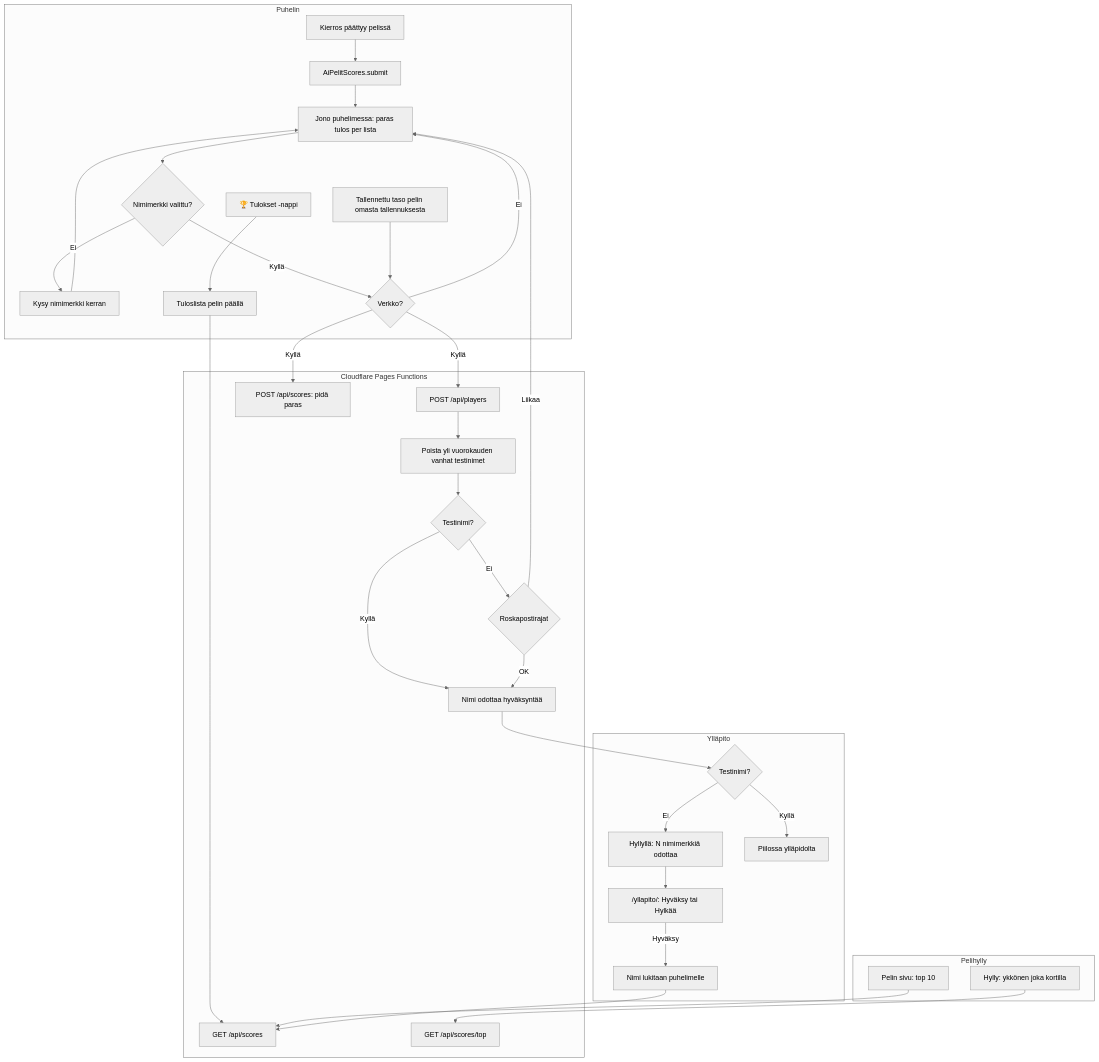
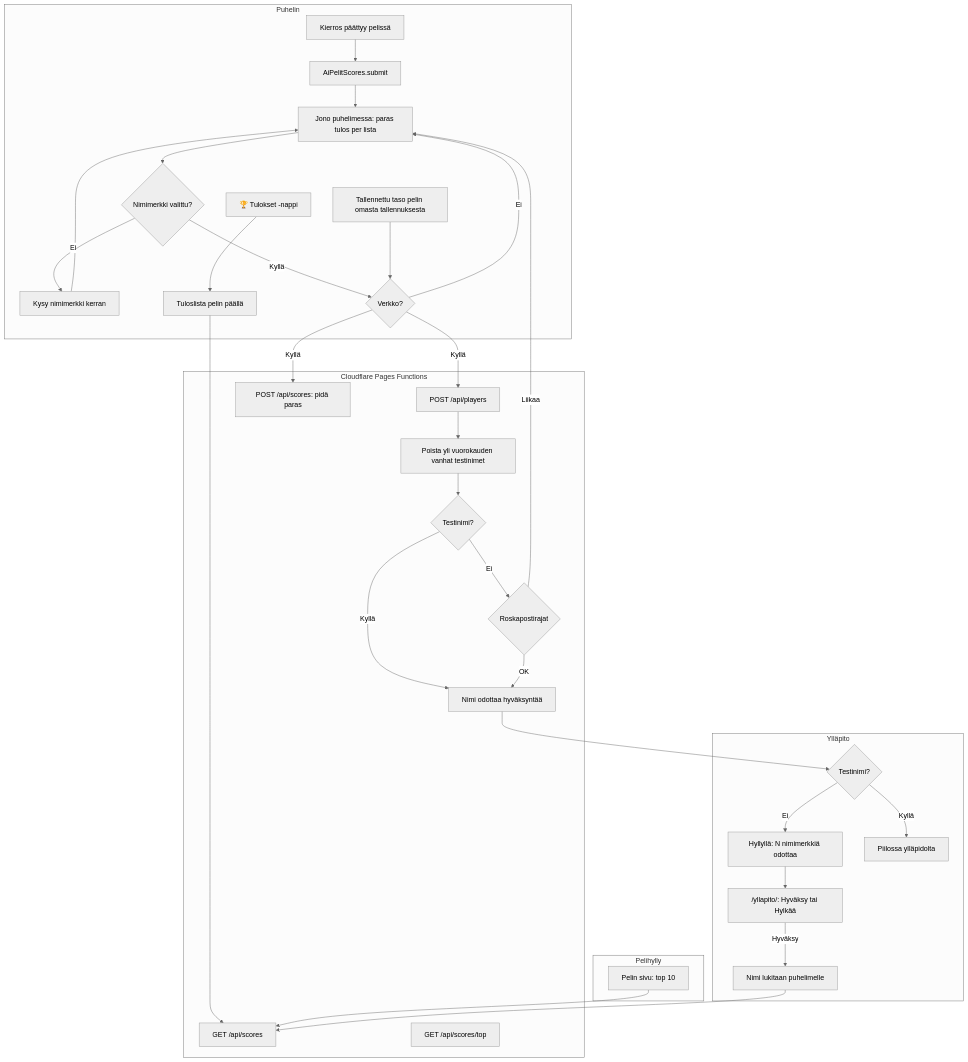
One commit to eerovil/ai-pelit changed the diagram in docs/diagrams/tuloslistat.md. Above: the diagram before and after it, drawn with Mermaid (neutral theme). The commit also changed other lines of this file and 59 other files, not shown here.

````diff
--- a/docs/diagrams/tuloslistat.md
+++ b/docs/diagrams/tuloslistat.md
@@ -9,44 +9,43 @@
 ```mermaid
 flowchart TD
   subgraph Puhelin
     A[Kierros päättyy pelissä] --> B[AiPelitScores.submit]
     B --> C[Jono puhelimessa: paras tulos per lista]
     C --> D{Nimimerkki valittu?}
     D -- Ei --> E[Kysy nimimerkki kerran]
     E --> C
     D -- Kyllä --> F{Verkko?}
     F -- Ei --> C
     T[🏆 Tulokset -nappi] --> L[Tuloslista pelin päällä]
     P[Tallennettu taso pelin omasta tallennuksesta] --> F
   end
   subgraph Cloudflare Pages Functions
     F -- Kyllä --> G[POST /api/players]
     G --> X[Poista yli vuorokauden vanhat testinimet]
     X --> TN{Testinimi?}
     TN -- Kyllä --> I
     TN -- Ei --> H{Roskapostirajat}
     H -- Liikaa --> C
     H -- OK --> I[Nimi odottaa hyväksyntää]
     F -- Kyllä --> J[POST /api/scores: pidä paras]
     L --> K[GET /api/scores]
     K2[GET /api/scores/top]
   end
   subgraph Pelihylly
-    S1[Hylly: ykkönen joka kortilla] --> K2
     S2[Pelin sivu: top 10] --> K
   end
   subgraph Ylläpito
     I --> Q{Testinimi?}
     Q -- Ei --> M[Hyllyllä: N nimimerkkiä odottaa]
     Q -- Kyllä --> R[Piilossa ylläpidolta]
     M --> N["/yllapito/: Hyväksy tai Hylkää"]
     N -- Hyväksy --> O[Nimi lukitaan puhelimelle]
     O --> K
   end
-  class A,B,E,T,L,S1,S2 blue
+  class A,B,E,T,L,S2 blue
   class D,F,H,TN,Q amber
   class C,G,J,K,K2,P teal
   class I,M,N,R violet
   class X rose
   class O green
 ```
````
